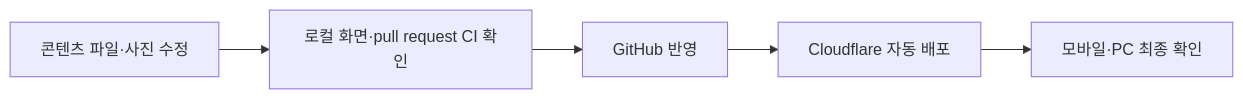
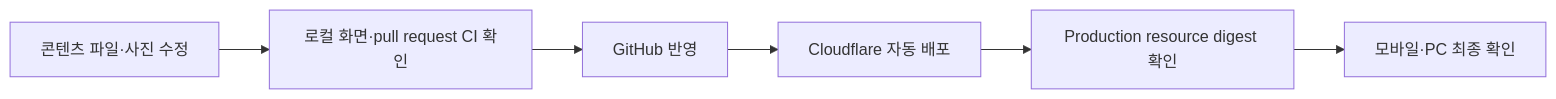
Before and after one commit to myoungsuk/real-estate-website: the second of 2 diagrams in docs/01_천동_리더스시티_행복한부동산_서비스기획서.md, drawn with Mermaid. The commit also changed other lines of this file and 68 other files, not shown here.

````diff
--- a/docs/01_천동_리더스시티_행복한부동산_서비스기획서.md
+++ b/docs/01_천동_리더스시티_행복한부동산_서비스기획서.md
@@ -163,7 +165,8 @@
 ```mermaid
 flowchart LR
     A[콘텐츠 파일·사진 수정] --> B[로컬 화면·pull request CI 확인]
     B --> C[GitHub 반영]
     C --> D[Cloudflare 자동 배포]
-    D --> E[모바일·PC 최종 확인]
+    D --> E[Production resource digest 확인]
+    E --> F[모바일·PC 최종 확인]
 ```
````
